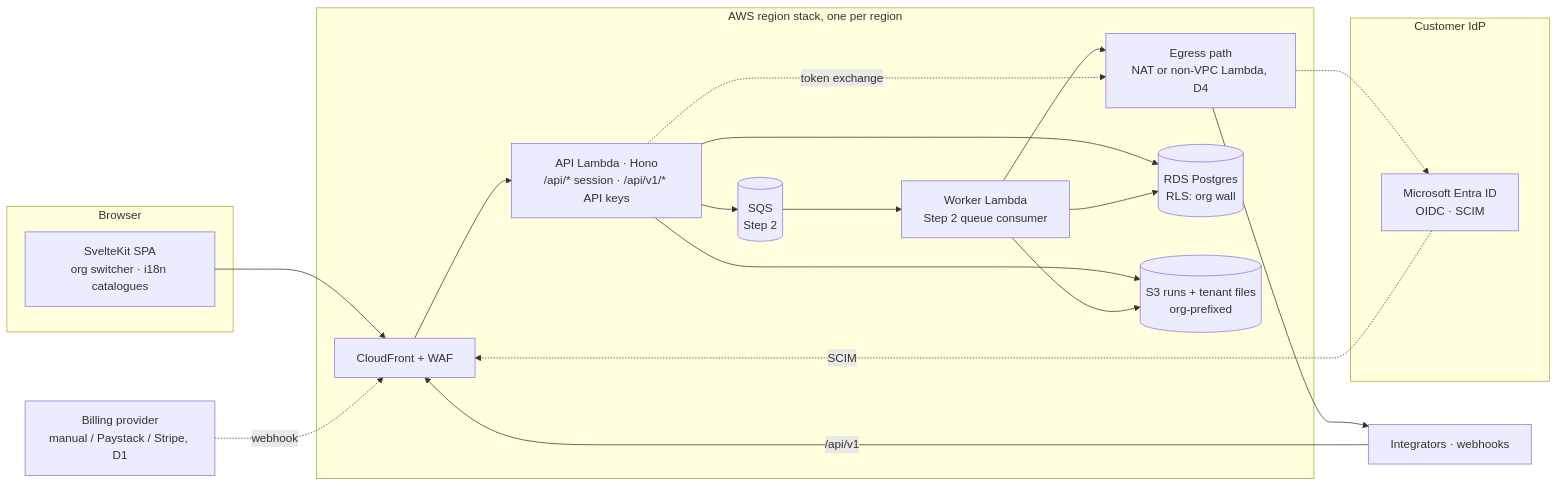
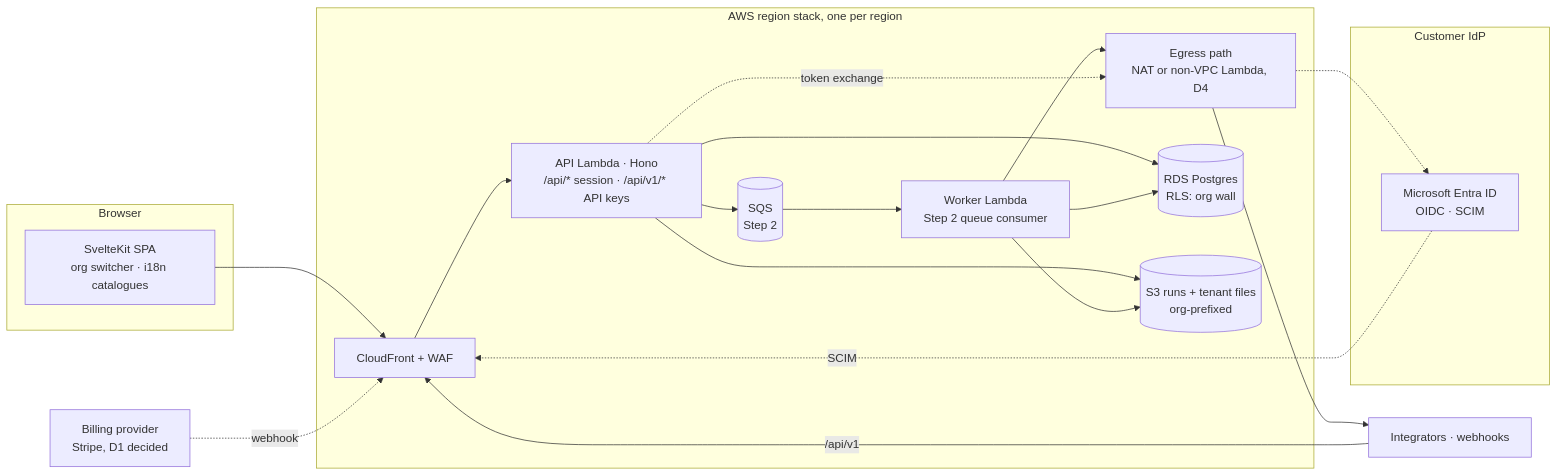
The diagram in docs/roadmap/step-4-platform.md (Absence0760/project-water-management), drawn with Mermaid before and after one commit. The commit also changed other lines of this file and 3 other files, not shown here.

````diff
--- a/docs/roadmap/step-4-platform.md
+++ b/docs/roadmap/step-4-platform.md
@@ -101,32 +102,32 @@
 ```mermaid
 flowchart LR
   subgraph Browser
     SPA[SvelteKit SPA<br/>org switcher · i18n catalogues]
   end
   subgraph IdP[Customer IdP]
     ENTRA[Microsoft Entra ID<br/>OIDC · SCIM]
   end
   subgraph AWS[AWS region stack, one per region]
     CF[CloudFront + WAF]
     API[API Lambda · Hono<br/>/api/* session · /api/v1/* API keys]
     WK[Worker Lambda<br/>Step 2 queue consumer]
     EG[Egress path<br/>NAT or non-VPC Lambda, D4]
     Q[(SQS<br/>Step 2)]
     DB[(RDS Postgres<br/>RLS: org wall)]
     S3R[(S3 runs + tenant files<br/>org-prefixed)]
   end
-  PAY[Billing provider<br/>manual / Paystack / Stripe, D1]
+  PAY[Billing provider<br/>Stripe, D1 decided]
   INT[Integrators · webhooks]
 
   SPA --> CF --> API
   API --> DB
   API --> S3R
   API --> Q --> WK
   WK --> DB
   WK --> S3R
   WK --> EG --> INT
   API -.token exchange.-> EG -.-> ENTRA
   ENTRA -. SCIM .-> CF
   PAY -. webhook .-> CF
   INT -- /api/v1 --> CF
 ```
````
